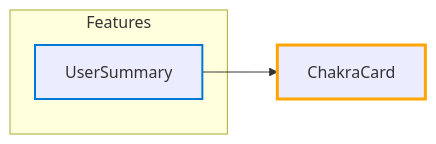
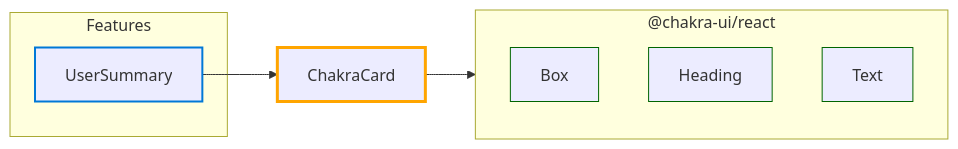
The diagram in test-project-import-analysis/hubs/ChakraCard.md (star4beam/react-package-analyzer), drawn with Mermaid before and after one commit. The commit also changed other lines of this file and 5 other files, not shown here.

````diff
--- a/test-project-import-analysis/hubs/ChakraCard.md
+++ b/test-project-import-analysis/hubs/ChakraCard.md
@@ -15,27 +15,38 @@
 ```mermaid
 flowchart LR
     %% Node styles
     classDef feature stroke:#0078d7,stroke-width:2px
     classDef currentHub stroke:#ffa500,stroke-width:3px
     classDef main stroke:#d04a02,stroke-width:2px
     classDef intermediate stroke:#7e6000,stroke-width:2px
     classDef base stroke:#006400,stroke-width:2px
     classDef component stroke:#006400,stroke-width:1px
 
     %% Link styles
     linkStyle default stroke:#333,stroke-width:1px
     %% Use different arrow styles for dependency types
     %% Direct: solid line, Indirect: dashed line, Both: thick solid line
 
     hub_ChakraCard["ChakraCard"]
     class hub_ChakraCard currentHub
 
     %% Features that use this hub (directly or indirectly)
     subgraph Features["Features"]
         feature_UserSummary["UserSummary"]
         class feature_UserSummary feature
     end
 
     feature_UserSummary --> hub_ChakraCard
+    %% Components directly used by this hub
+    subgraph pkg__chakra_ui_react["@chakra-ui/react"]
+        comp__chakra_ui_react_Box["Box"]
+        class comp__chakra_ui_react_Box component
+        comp__chakra_ui_react_Heading["Heading"]
+        class comp__chakra_ui_react_Heading component
+        comp__chakra_ui_react_Text["Text"]
+        class comp__chakra_ui_react_Text component
+    end
+    hub_ChakraCard --> pkg__chakra_ui_react
+
     %% Direct hub-to-hub connections
 ```
````
